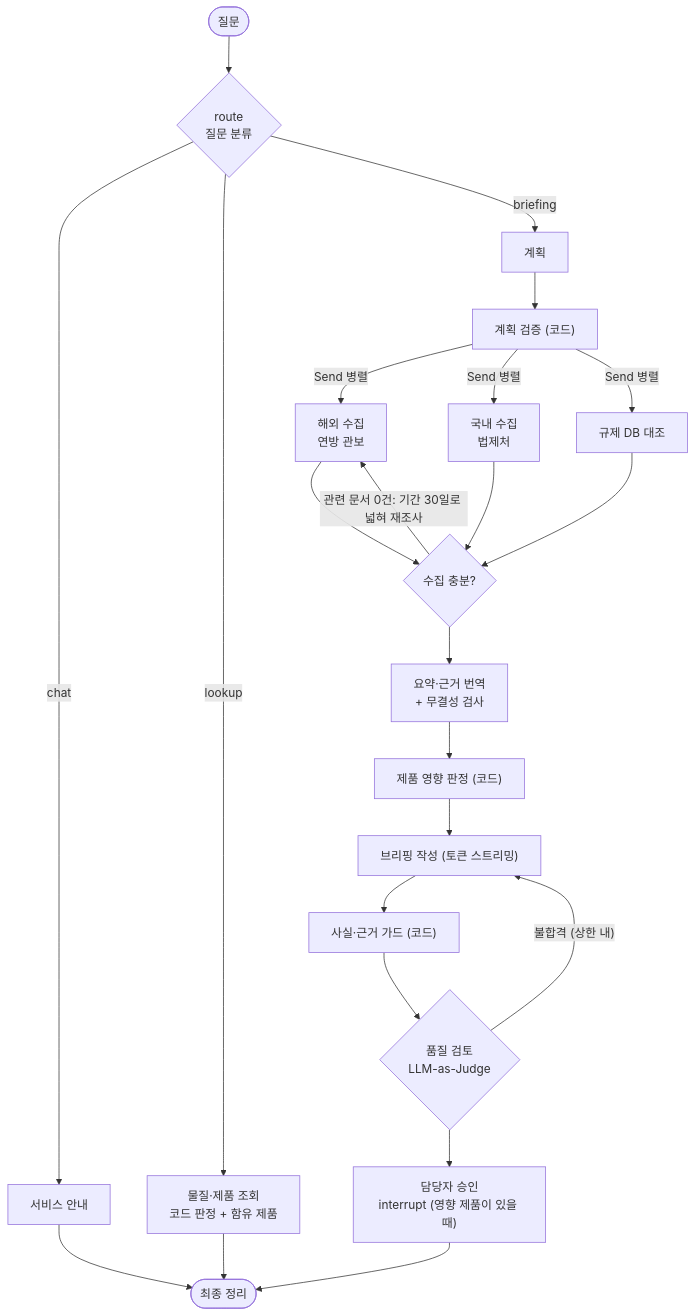
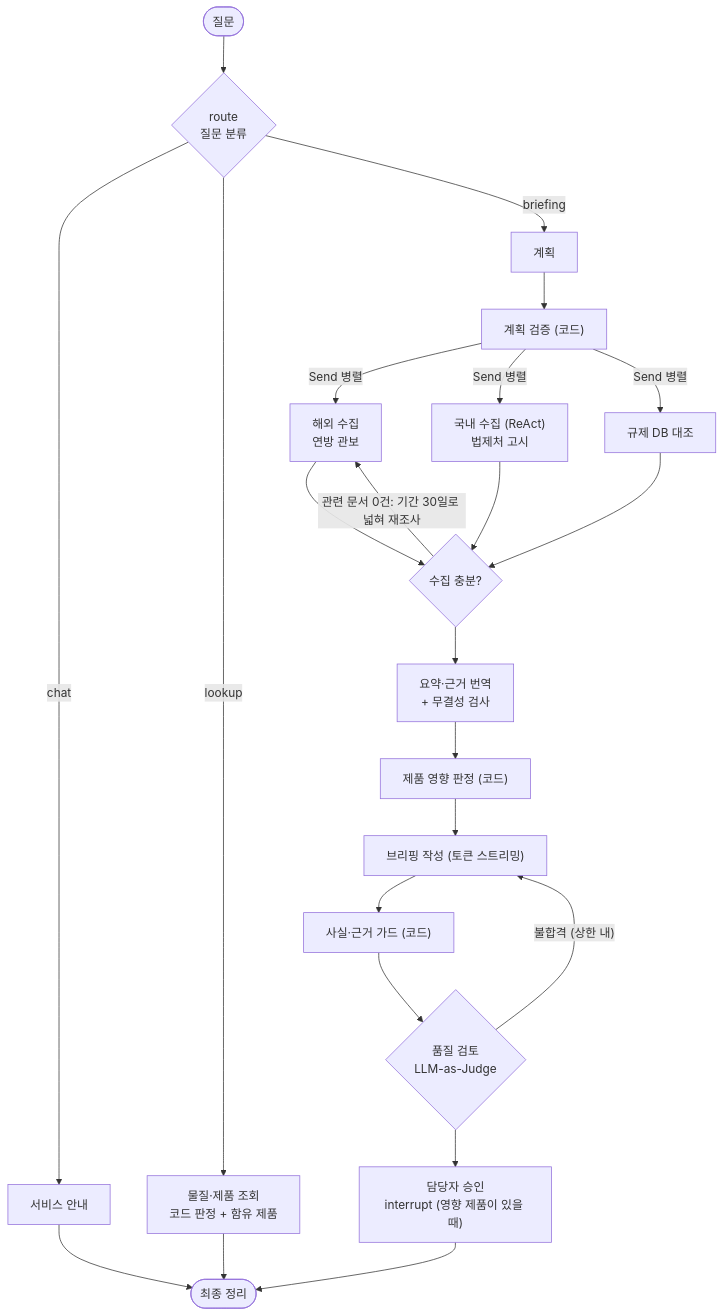
One commit to ji0x0/skala-chem-reg changed the second of 2 diagrams in README.md. Above: the diagram before and after it, drawn with Mermaid. The commit also changed other lines of this file and 5 other files, not shown here.

````diff
--- a/README.md
+++ b/README.md
@@ -59,15 +59,15 @@
 ```mermaid
 flowchart TD
     Q([질문]) --> route{route<br/>질문 분류}
     route -- chat --> chat[서비스 안내] --> fin
     route -- lookup --> lookup["물질·제품 조회<br/>코드 판정 + 함유 제품"] --> fin
     route -- briefing --> plan[계획] --> gate["계획 검증 (코드)"]
-    gate -- Send 병렬 --> us["해외 수집<br/>연방 관보"] & kr["국내 수집<br/>법제처"] & db["규제 DB 대조"]
+    gate -- Send 병렬 --> us["해외 수집<br/>연방 관보"] & kr["국내 수집 (ReAct)<br/>법제처 고시"] & db["규제 DB 대조"]
     us & kr & db --> review{"수집 충분?"}
     review -- "관련 문서 0건: 기간 30일로 넓혀 재조사" --> us
     review --> sum["요약·근거 번역<br/>+ 무결성 검사"] --> impact["제품 영향 판정 (코드)"]
     impact --> write["브리핑 작성 (토큰 스트리밍)"] --> guard["사실·근거 가드 (코드)"]
     guard --> validate{"품질 검토<br/>LLM-as-Judge"}
     validate -- "불합격 (상한 내)" --> write
     validate --> approval["담당자 승인<br/>interrupt (영향 제품이 있을 때)"] --> fin([최종 정리])
 ```
````
